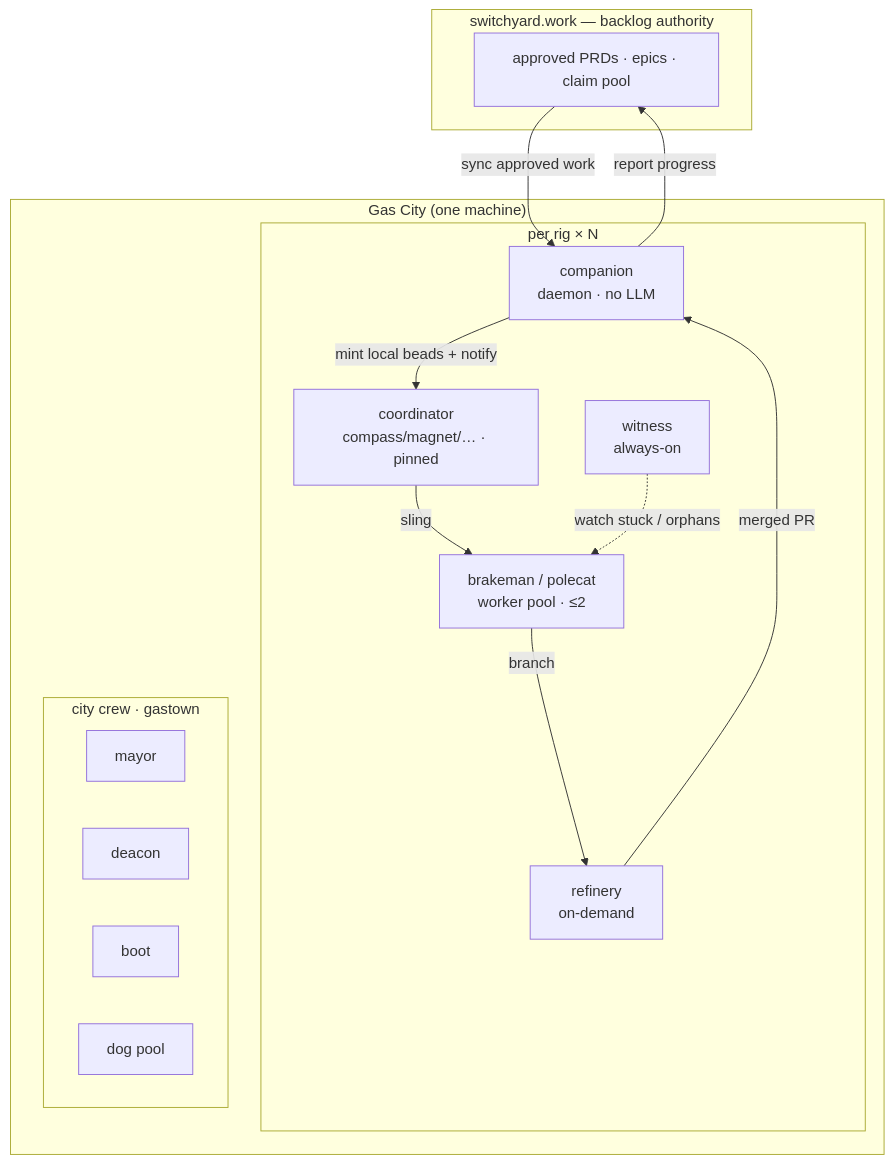
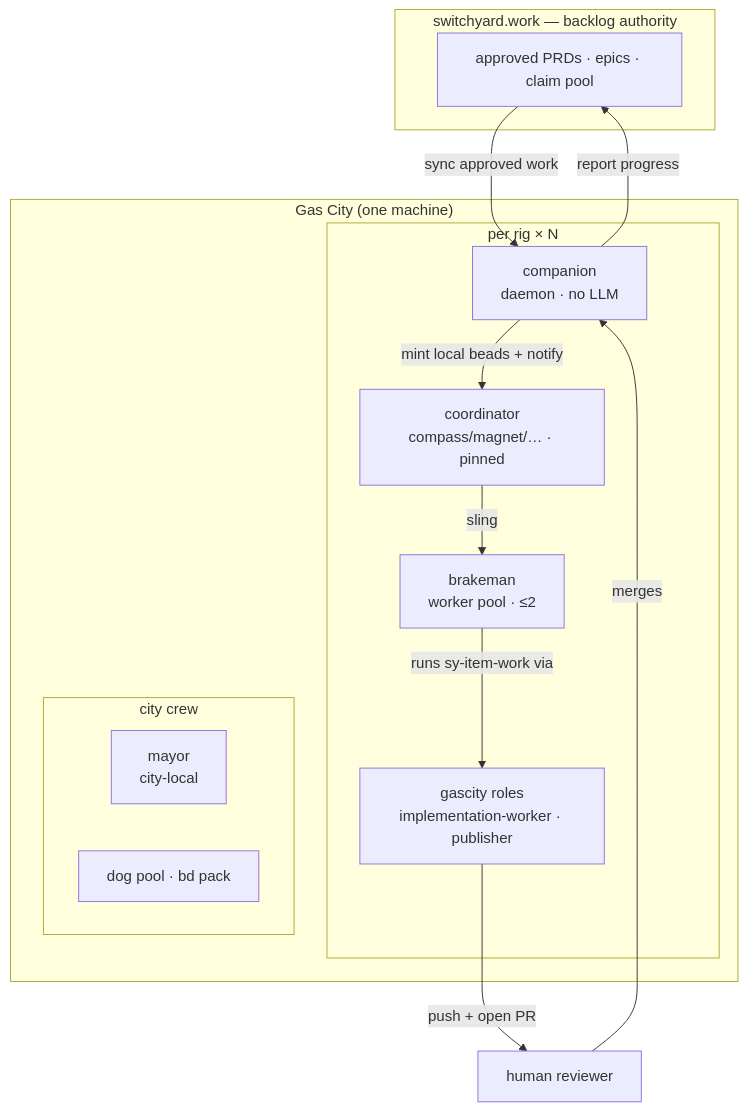
One commit to outdoorsea/switchyard-packs changed the diagram in README.md. Above: the diagram before and after it, drawn with Mermaid. The commit also changed other lines of this file and 22 other files, not shown here.

````diff
--- a/README.md
+++ b/README.md
@@ -36,28 +37,26 @@
 ```mermaid
 flowchart TB
   subgraph CLOUD["switchyard.work — backlog authority"]
     PRD["approved PRDs · epics · claim pool"]
   end
   subgraph CITY["Gas City (one machine)"]
     subgraph RIG["per rig × N"]
       comp["companion<br/>daemon · no LLM"]
       coord["coordinator<br/>compass/magnet/… · pinned"]
-      pool["brakeman / polecat<br/>worker pool · ≤2"]
-      ref["refinery<br/>on-demand"]
-      wit["witness<br/>always-on"]
+      pool["brakeman<br/>worker pool · ≤2"]
+      roles["gascity roles<br/>implementation-worker · publisher"]
     end
-    subgraph CREW["city crew · gastown"]
-      mayor["mayor"]
-      deacon["deacon"]
-      boot["boot"]
-      dog["dog pool"]
+    subgraph CREW["city crew"]
+      mayor["mayor<br/>city-local"]
+      dog["dog pool · bd pack"]
     end
   end
+  human["human reviewer"]
   PRD -->|sync approved work| comp
   comp -->|mint local beads + notify| coord
   coord -->|sling| pool
-  pool -->|branch| ref
-  ref -->|merged PR| comp
+  pool -->|runs sy-item-work via| roles
+  roles -->|push + open PR| human
+  human -->|merges| comp
   comp -->|report progress| PRD
-  wit -.->|watch stuck / orphans| pool
 ```
````
